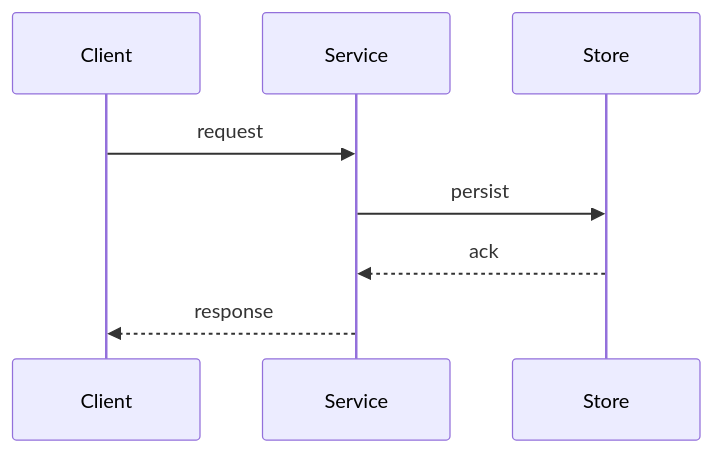
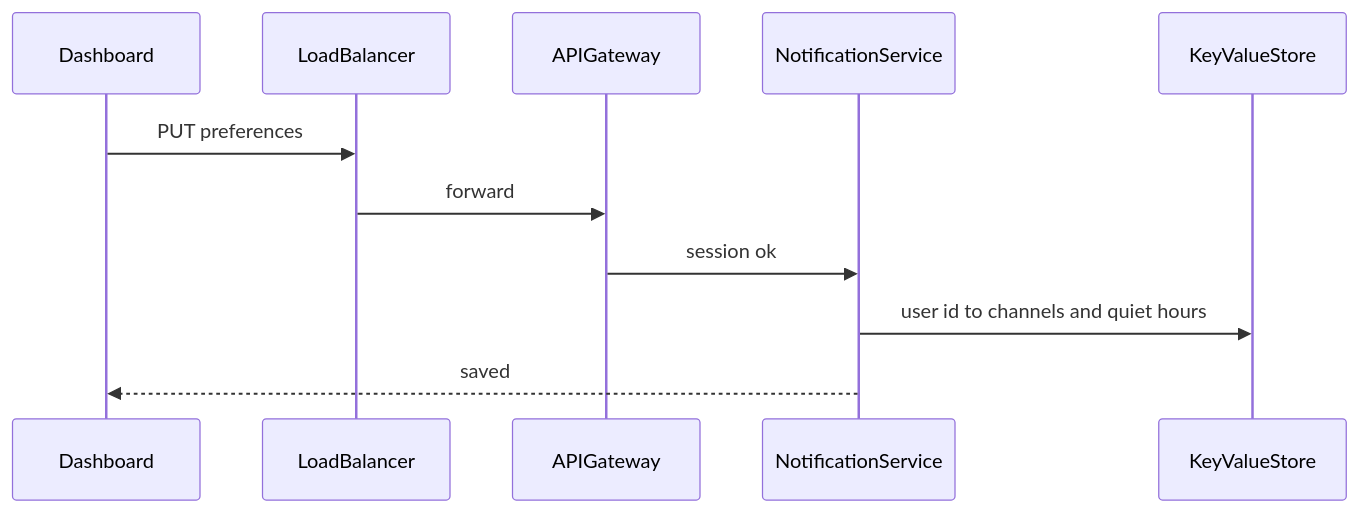
One commit to CharlotteYW/system-design-interview changed the third of 7 diagrams in questions/notification-system/FLOW.md. Above: the diagram before and after it, drawn with Mermaid. The commit also changed other lines of this file and 26 other files, not shown here.

````diff
--- a/questions/notification-system/FLOW.md
+++ b/questions/notification-system/FLOW.md
@@ -18,10 +67,13 @@
 ```mermaid
 sequenceDiagram
-  participant C as Client
-  participant S as Service
-  participant D as Store
-  C->>S: request
-  S->>D: persist
-  D-->>S: ack
-  S-->>C: response
+  participant C as Dashboard
+  participant L as LoadBalancer
+  participant G as APIGateway
+  participant A as NotificationService
+  participant K as KeyValueStore
+  C->>L: PUT preferences
+  L->>G: forward
+  G->>A: session ok
+  A->>K: user id to channels and quiet hours
+  A-->>C: saved
 ```
````
